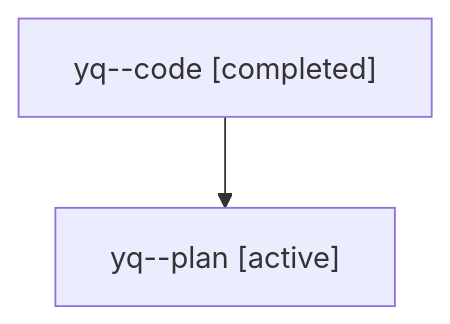
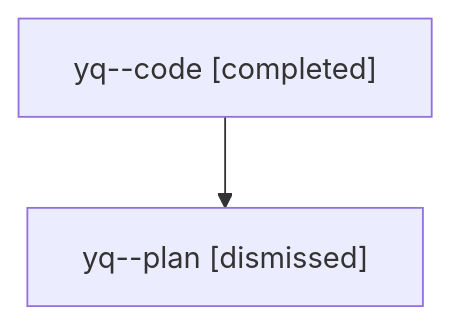
One commit to sase-org/sase--agents changed the diagram in sessions/bbugyi200.athena.yq.md. Above: the diagram before and after it, drawn with Mermaid. The commit also changed other lines of this file and 18 other files, not shown here.

````diff
--- a/sessions/bbugyi200.athena.yq.md
+++ b/sessions/bbugyi200.athena.yq.md
@@ -9,6 +9,6 @@
 ```mermaid
 flowchart TD
   n0["yq--code [completed]"]
-  n1["yq--plan [active]"]
+  n1["yq--plan [dismissed]"]
   n0 --> n1
 ```
````
